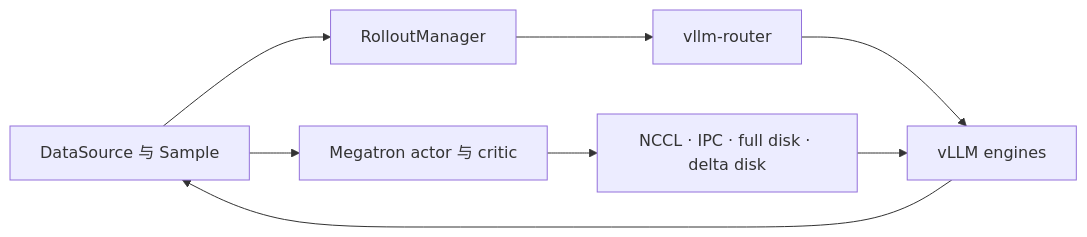
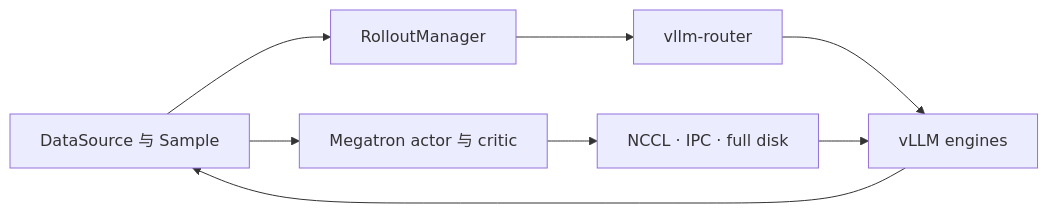
The first of 2 diagrams in wiki/02_engineering/04_posttrain_frameworks/slime/25_vime_vllm_backend_support_analysis.md (suhaibo666/llm-knowledge), drawn with Mermaid before and after one commit. The commit also changed other lines of this file and 223 other files, not shown here.

````diff
--- a/wiki/02_engineering/04_posttrain_frameworks/slime/25_vime_vllm_backend_support_analysis.md
+++ b/wiki/02_engineering/04_posttrain_frameworks/slime/25_vime_vllm_backend_support_analysis.md
@@ -55,10 +50,10 @@
 ```mermaid
 flowchart LR
     D["DataSource 与 Sample"] --> M["RolloutManager"]
     M --> V["vllm-router"]
     V --> E["vLLM engines"]
     E --> D
     D --> T["Megatron actor 与 critic"]
-    T --> W["NCCL · IPC · full disk · delta disk"]
+    T --> W["NCCL · IPC · full disk"]
     W --> E
 ```
````
